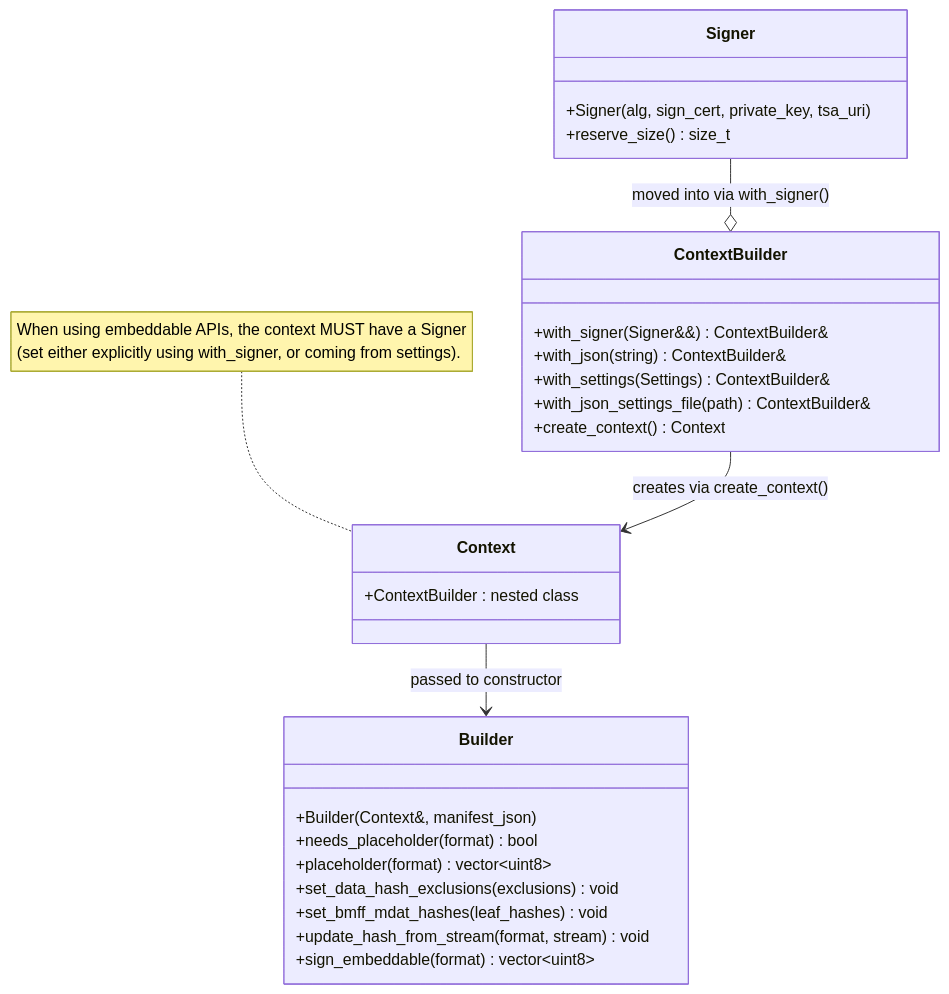
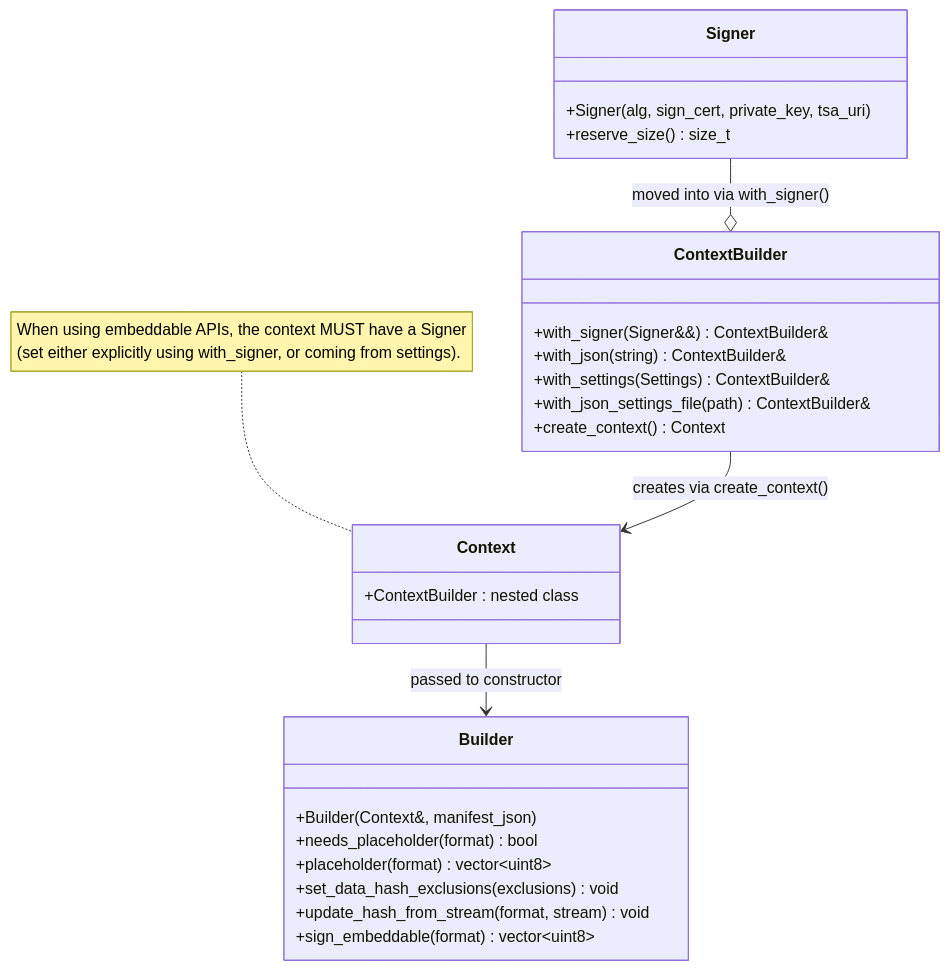
Before and after one commit to contentauth/c2pa-c: the eighth of 8 diagrams in docs/embeddable-api.md, drawn with Mermaid. The commit also changed other lines of this file, not shown here.

Commit message:
Update docs for BmffHash placeholder

````diff
--- a/docs/embeddable-api.md
+++ b/docs/embeddable-api.md
@@ -511,34 +508,33 @@
 ```mermaid
 classDiagram
     class Signer {
         +Signer(alg, sign_cert, private_key, tsa_uri)
         +reserve_size() size_t
     }
 
     class ContextBuilder {
         +with_signer(Signer&&) ContextBuilder&
         +with_json(string) ContextBuilder&
         +with_settings(Settings) ContextBuilder&
         +with_json_settings_file(path) ContextBuilder&
         +create_context() Context
     }
 
     class Context {
         +ContextBuilder : nested class
     }
     note for Context "When using embeddable APIs, the context MUST have a Signer <br> (set either explicitly using with_signer, or coming from settings)."
 
     class Builder {
         +Builder(Context&, manifest_json)
         +needs_placeholder(format) bool
         +placeholder(format) vector~uint8~
         +set_data_hash_exclusions(exclusions) void
-        +set_bmff_mdat_hashes(leaf_hashes) void
         +update_hash_from_stream(format, stream) void
         +sign_embeddable(format) vector~uint8~
     }
 
     Signer --o ContextBuilder : moved into via with_signer()
     ContextBuilder --> Context : creates via create_context()
     Context --> Builder : passed to constructor
 ```
````
